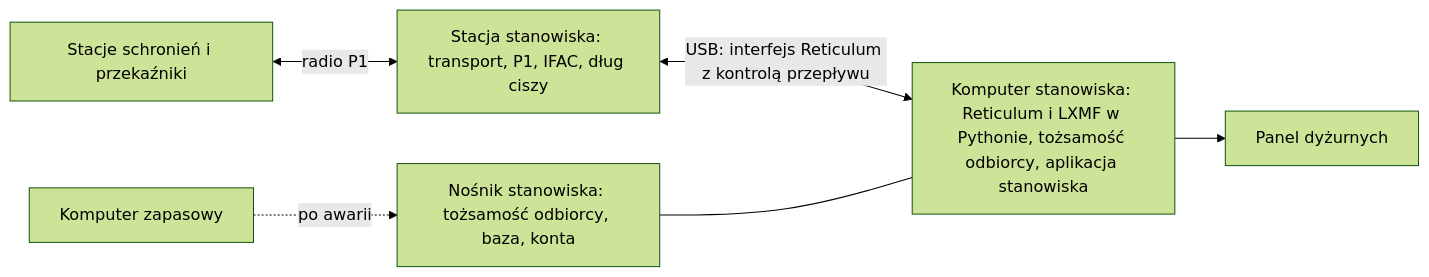
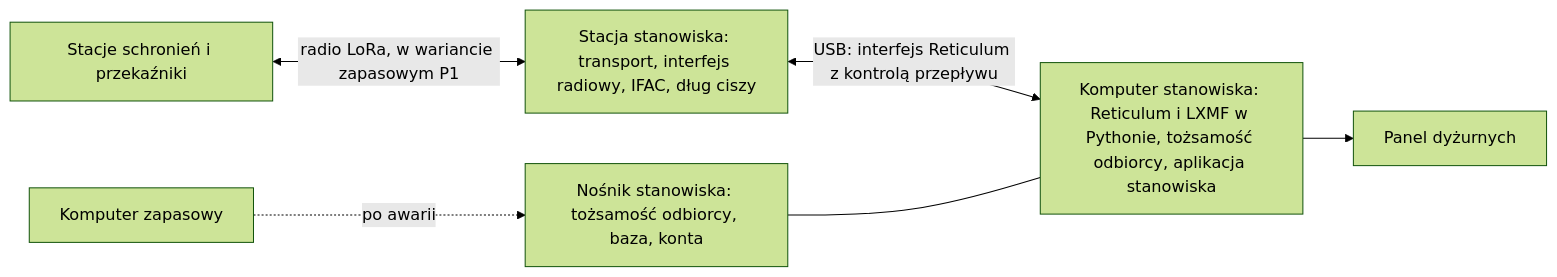
Before and after one commit to tmierzwa/WICI: the diagram in docs/spec/stanowisko-osp.md, drawn with Mermaid (forest theme). The commit also changed other lines of this file and 13 other files, not shown here.

````diff
--- a/docs/spec/stanowisko-osp.md
+++ b/docs/spec/stanowisko-osp.md
@@ -39,8 +39,8 @@
 ```mermaid
 flowchart LR
-  S[Stacje schronień i przekaźniki] <-->|radio P1| W[Stacja stanowiska: transport, P1, IFAC, dług ciszy]
+  S[Stacje schronień i przekaźniki] <-->|radio LoRa, w wariancie zapasowym P1| W[Stacja stanowiska: transport, interfejs radiowy, IFAC, dług ciszy]
   W <-->|USB: interfejs Reticulum z kontrolą przepływu| K[Komputer stanowiska: Reticulum i LXMF w Pythonie, tożsamość odbiorcy, aplikacja stanowiska]
   N[Nośnik stanowiska: tożsamość odbiorcy, baza, konta] --- K
   K2[Komputer zapasowy] -.->|po awarii| N
   K --> D[Panel dyżurnych]
 ```
````
